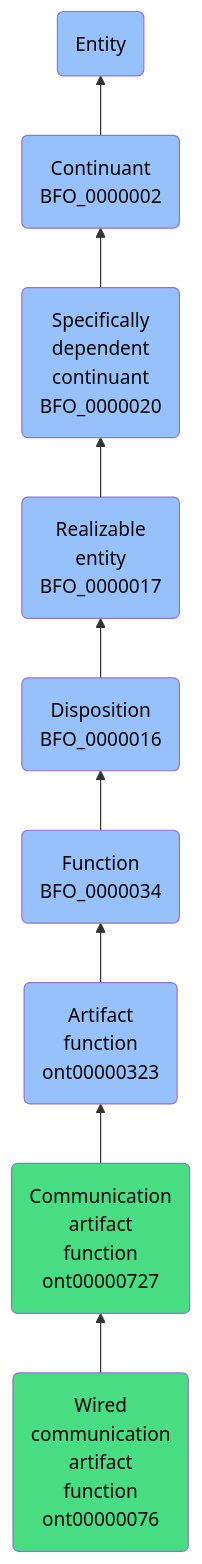
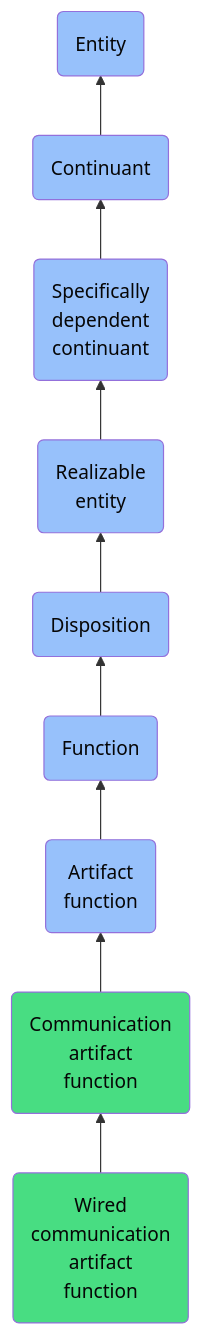
The diagram in docs/ontology/reference/model/Entity/Continuant/Specifically dependent continuant/Realizable entity/Disposition/Function/Artifact function/Communication artifact function/Wired communication artifact function/Wired communication artifact function.md (jupyter-naas/abi), drawn with Mermaid before and after one commit. The commit also changed other lines of this file and 1430 other files, not shown here.

````diff
--- a/docs/ontology/reference/model/Entity/Continuant/Specifically dependent continuant/Realizable entity/Disposition/Function/Artifact function/Communication artifact function/Wired communication artifact function/Wired communication artifact function.md
+++ b/docs/ontology/reference/model/Entity/Continuant/Specifically dependent continuant/Realizable entity/Disposition/Function/Artifact function/Communication artifact function/Wired communication artifact function/Wired communication artifact function.md
@@ -24,16 +24,16 @@
 ```mermaid
 graph BT
-    ont00000076(Wired<br>communication<br>artifact<br>function<br>ont00000076):::ABI-->ont00000727
-    ont00000727(Communication<br>artifact<br>function<br>ont00000727):::ABI-->ont00000323
-    ont00000323(Artifact<br>function<br>ont00000323):::BFO-->BFO_0000034
-    BFO_0000034(Function<br>BFO_0000034):::BFO-->BFO_0000016
-    BFO_0000016(Disposition<br>BFO_0000016):::BFO-->BFO_0000017
-    BFO_0000017(Realizable<br>entity<br>BFO_0000017):::BFO-->BFO_0000020
-    BFO_0000020(Specifically<br>dependent<br>continuant<br>BFO_0000020):::BFO-->BFO_0000002
-    BFO_0000002(Continuant<br>BFO_0000002):::BFO-->BFO_0000001
+    ont00000076(Wired<br>communication<br>artifact<br>function):::ABI-->ont00000727
+    ont00000727(Communication<br>artifact<br>function):::ABI-->ont00000323
+    ont00000323(Artifact<br>function):::BFO-->BFO_0000034
+    BFO_0000034(Function):::BFO-->BFO_0000016
+    BFO_0000016(Disposition):::BFO-->BFO_0000017
+    BFO_0000017(Realizable<br>entity):::BFO-->BFO_0000020
+    BFO_0000020(Specifically<br>dependent<br>continuant):::BFO-->BFO_0000002
+    BFO_0000002(Continuant):::BFO-->BFO_0000001
     BFO_0000001(Entity):::BFO
     
     classDef BFO fill:#97c1fb,color:#060606
     classDef CCO fill:#e4c51e,color:#060606
     classDef ABI fill:#48DD82,color:#060606
 ```
````
